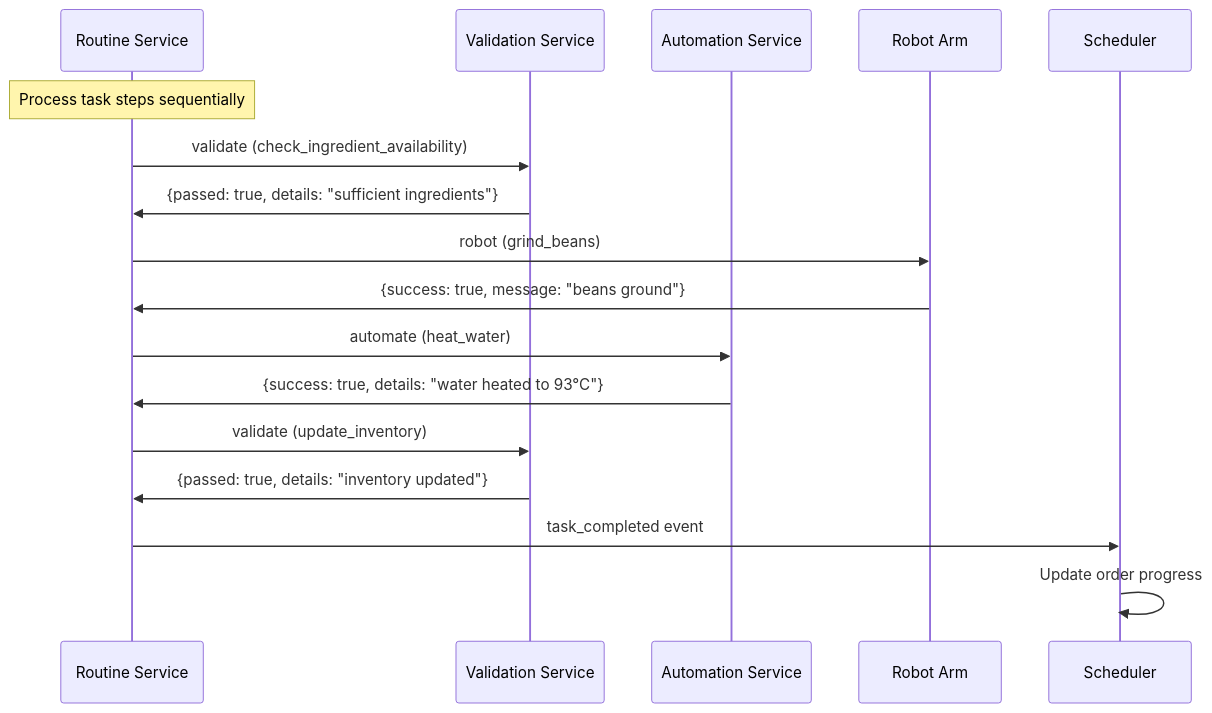
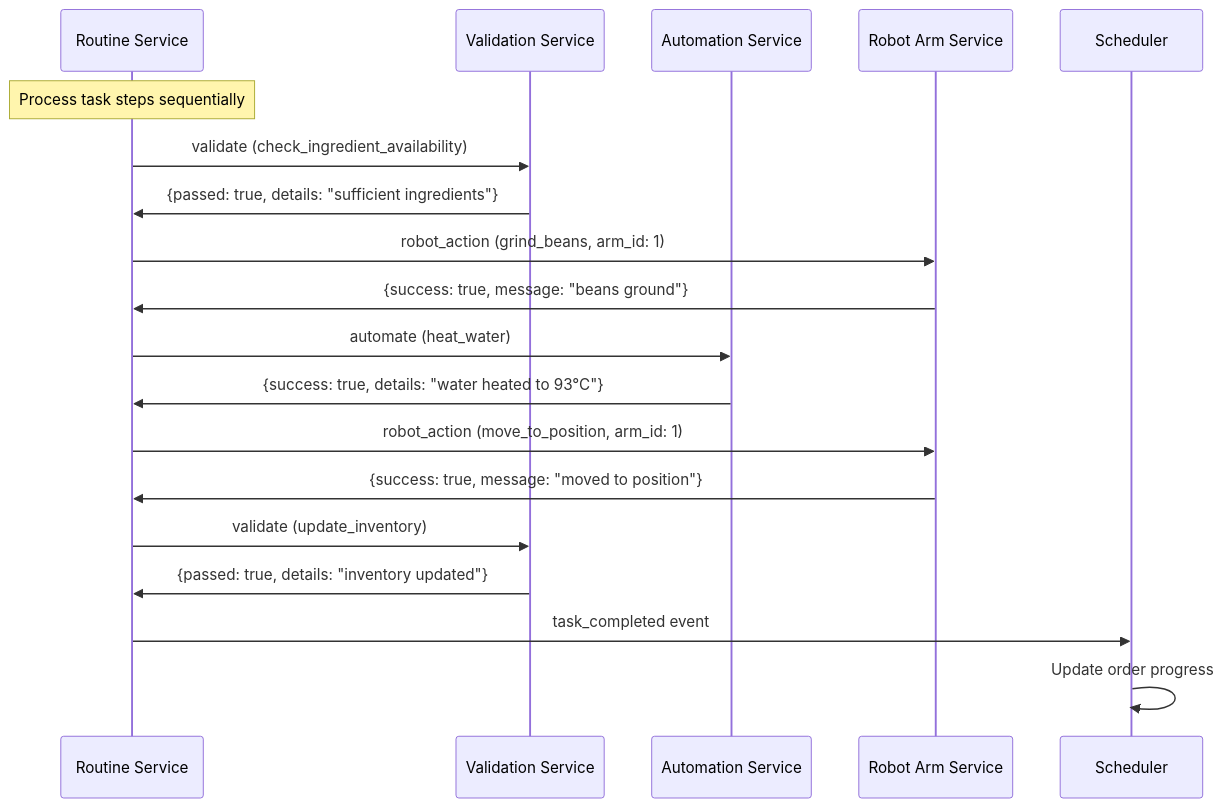
Before and after one commit to adeel1608/dobot-nova5-barns: the fourth of 4 diagrams in README.md, drawn with Mermaid. The commit also changed other lines of this file and 8 other files, not shown here.

````diff
--- a/README.md
+++ b/README.md
@@ -180,25 +180,28 @@
 ```mermaid
 sequenceDiagram
     participant RT as Routine Service
     participant V as Validation Service
     participant A as Automation Service
-    participant ARM as Robot Arm
+    participant R as Robot Arm Service
     participant S as Scheduler
 
     Note over RT: Process task steps sequentially
     
     RT->>V: validate (check_ingredient_availability)
     V->>RT: {passed: true, details: "sufficient ingredients"}
     
-    RT->>ARM: robot (grind_beans)
-    ARM->>RT: {success: true, message: "beans ground"}
+    RT->>R: robot_action (grind_beans, arm_id: 1)
+    R->>RT: {success: true, message: "beans ground"}
     
     RT->>A: automate (heat_water)
     A->>RT: {success: true, details: "water heated to 93°C"}
+    
+    RT->>R: robot_action (move_to_position, arm_id: 1)
+    R->>RT: {success: true, message: "moved to position"}
     
     RT->>V: validate (update_inventory)
     V->>RT: {passed: true, details: "inventory updated"}
     
     RT->>S: task_completed event
     S->>S: Update order progress
 ```
````
